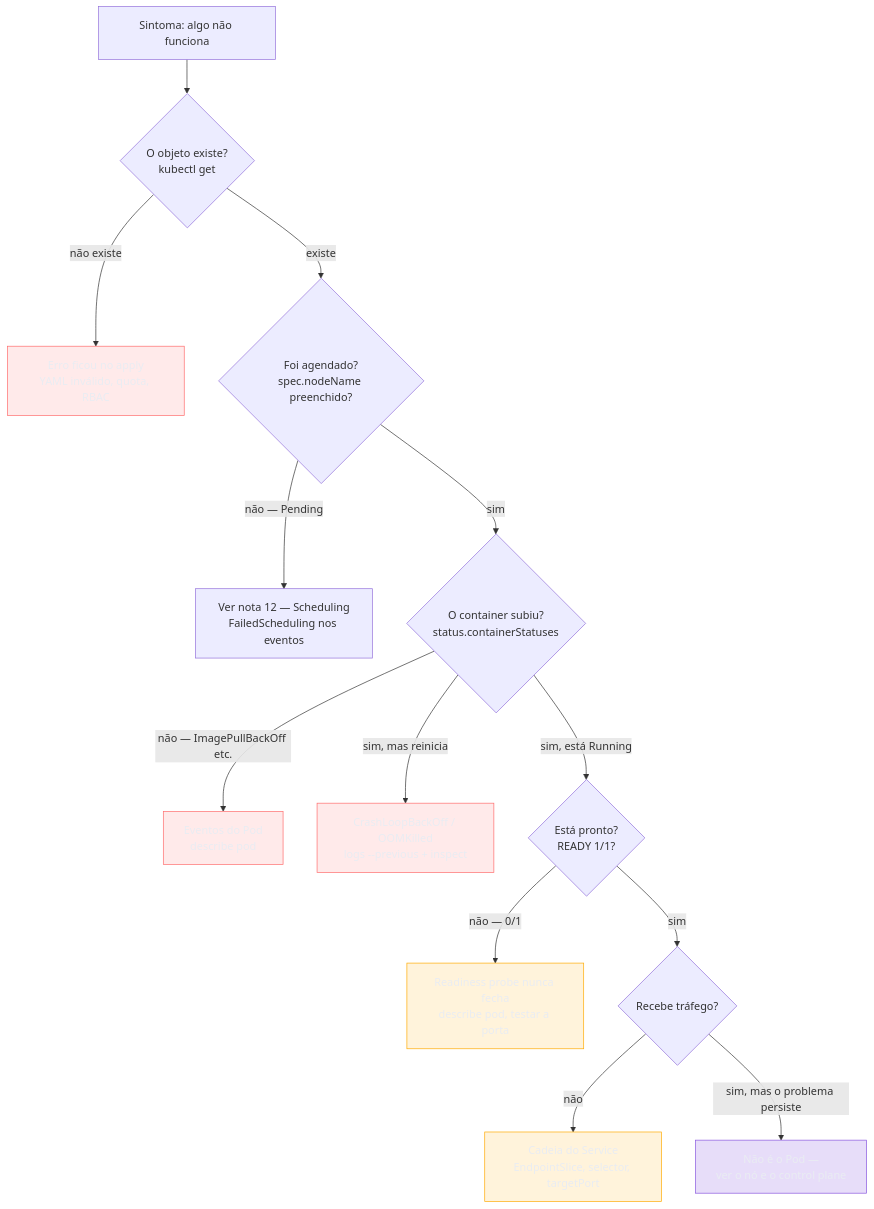
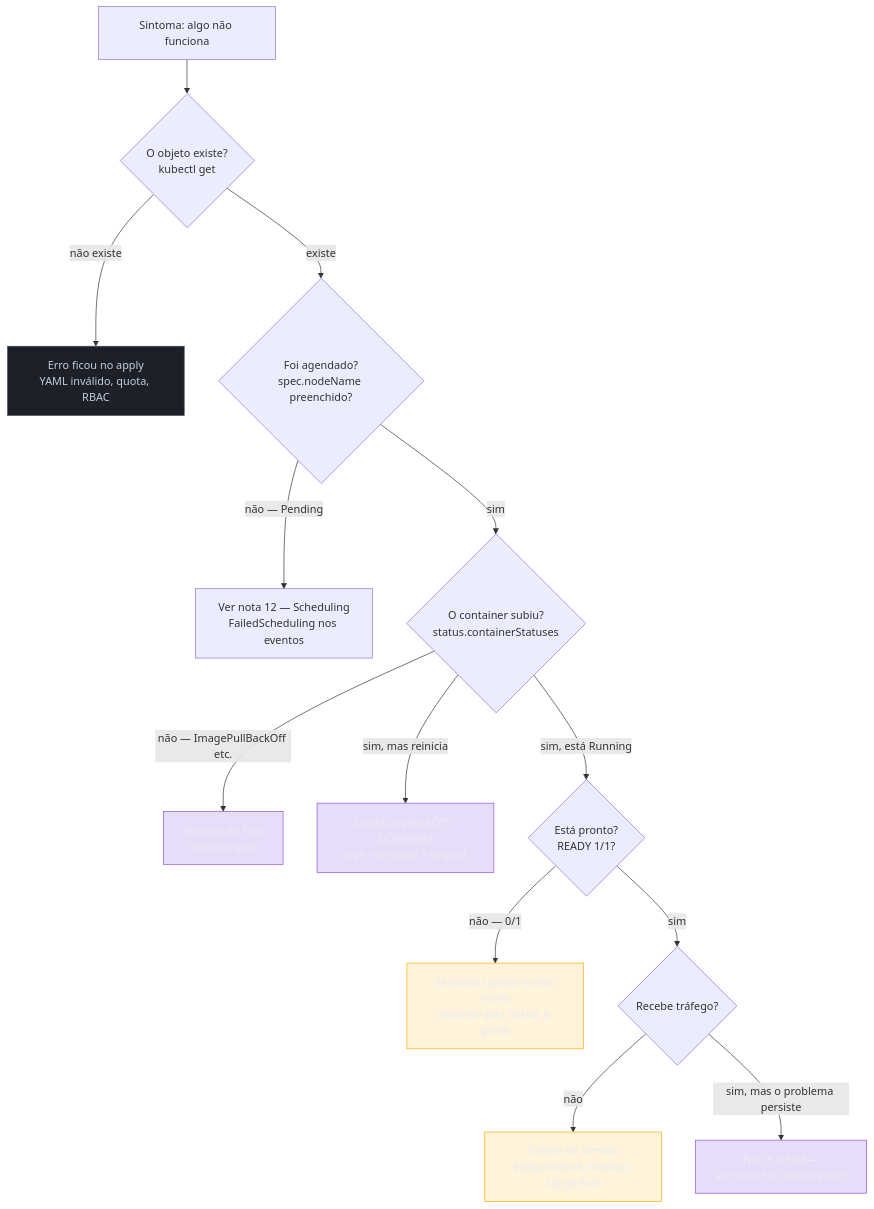
Before and after one commit to josenaldo/codex-technomanticus: the first of 3 diagrams in 03-Dominios/Tecnologia/Infraestrutura/Kubernetes/21 - Depurar um cluster.md, drawn with Mermaid. The commit also changed other lines of this file and 601 other files, not shown here.

````diff
--- a/03-Dominios/Tecnologia/Infraestrutura/Kubernetes/21 - Depurar um cluster.md
+++ b/03-Dominios/Tecnologia/Infraestrutura/Kubernetes/21 - Depurar um cluster.md
@@ -31,25 +31,25 @@
 ```mermaid
 flowchart TD
-    classDef falha fill:#FF6B6B24,stroke:#FF6B6B,color:#E9ECF2
+    classDef neutro fill:#1B2029,stroke:#4E5666,color:#C6CCD8
     classDef destaque fill:#FFAA0024,stroke:#FFAA00,color:#E9ECF2
     classDef marca fill:#8855DF33,stroke:#8855DF,color:#E9ECF2
     A["Sintoma: algo não funciona"] --> B{"O objeto existe?<br/>kubectl get"}
     B -->|"não existe"| B1["Erro ficou no apply<br/>YAML inválido, quota, RBAC"]
     B -->|"existe"| C{"Foi agendado?<br/>spec.nodeName preenchido?"}
     C -->|"não — Pending"| C1["Ver nota 12 — Scheduling<br/>FailedScheduling nos eventos"]
     C -->|"sim"| D{"O container subiu?<br/>status.containerStatuses"}
     D -->|"não — ImagePullBackOff etc."| D1["Eventos do Pod<br/>describe pod"]
     D -->|"sim, mas reinicia"| D2["CrashLoopBackOff / OOMKilled<br/>logs --previous + inspect"]
     D -->|"sim, está Running"| E{"Está pronto?<br/>READY 1/1?"}
     E -->|"não — 0/1"| E1["Readiness probe nunca fecha<br/>describe pod, testar a porta"]
     E -->|"sim"| F{"Recebe tráfego?"}
     F -->|"não"| F1["Cadeia do Service<br/>EndpointSlice, selector, targetPort"]
     F -->|"sim, mas o problema persiste"| G["Não é o Pod —<br/>ver o nó e o control plane"]
 
-    class B1 falha
-    class D1 falha
-    class D2 falha
+    class B1 neutro
+    class D1 marca
+    class D2 marca
     class E1 destaque
     class F1 destaque
     class G marca
 ```
````
